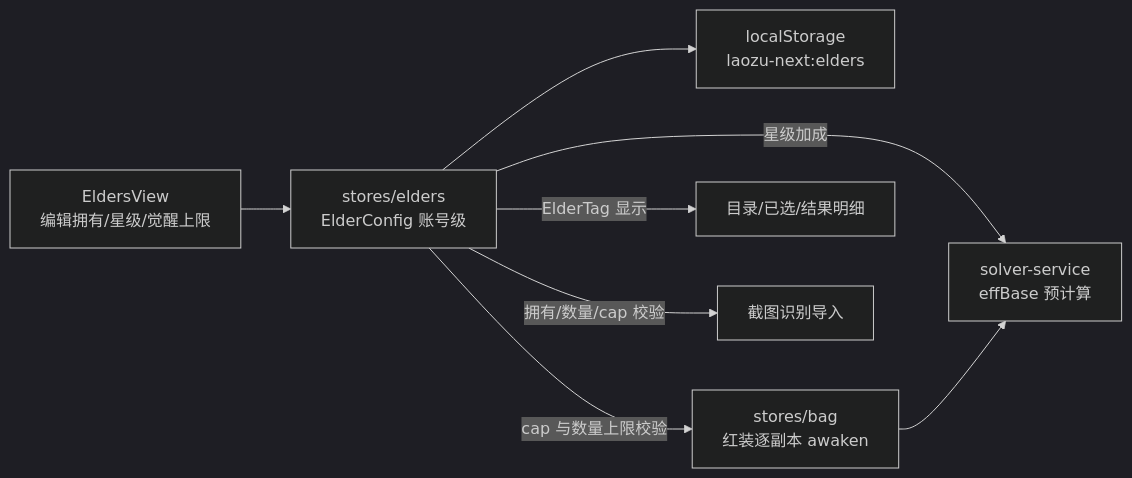
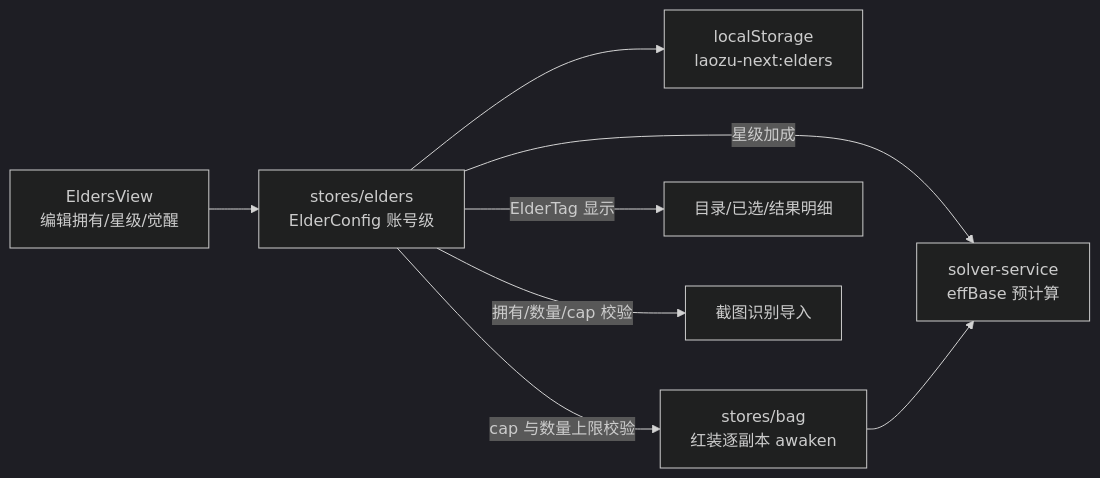
Before and after one commit to ashulin/laozu-solver: diagram 13 of 16 in docs/architecture.md, drawn with Mermaid (dark theme). The commit also changed other lines of this file and 20 other files, not shown here.

````diff
--- a/docs/architecture.md
+++ b/docs/architecture.md
@@ -697,10 +698,10 @@
 ```mermaid
 flowchart LR
-    EM["EldersView<br/>编辑拥有/星级/觉醒上限"] --> ES["stores/elders<br/>ElderConfig 账号级"]
+    EM["EldersView<br/>编辑拥有/星级/觉醒"] --> ES["stores/elders<br/>ElderConfig 账号级"]
     ES --> LS["localStorage<br/>laozu-next:elders"]
     ES -->|星级加成| SVC["solver-service<br/>effBase 预计算"]
     BAG["stores/bag<br/>红装逐副本 awaken"] --> SVC
     ES -->|cap 与数量上限校验| BAG
     ES -->|ElderTag 显示| CAT["目录/已选/结果明细"]
     ES -->|拥有/数量/cap 校验| REC["截图识别导入"]
 ```
````
